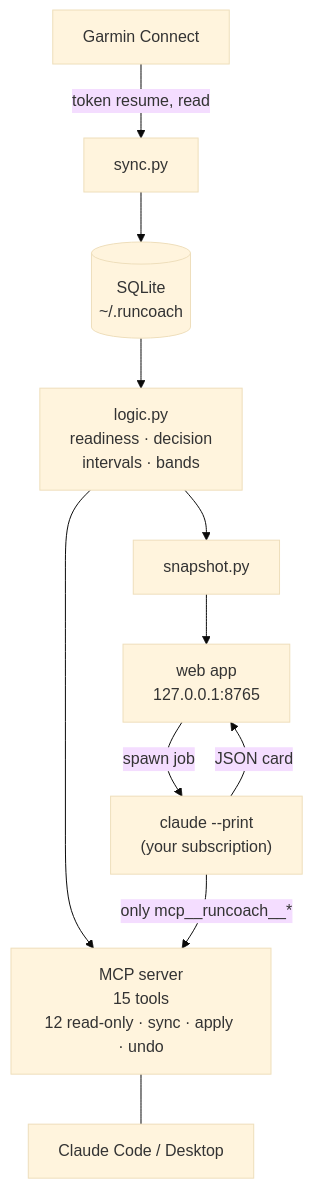
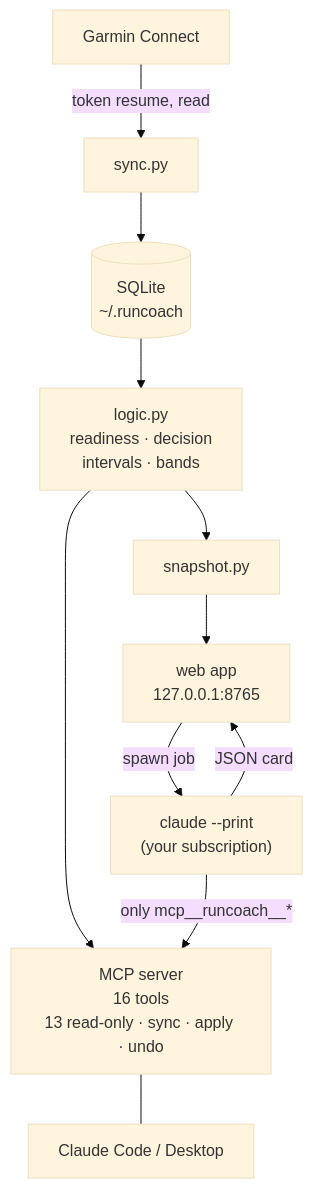
Before and after one commit to edxleon/runcoach-ai: the diagram in README.md, drawn with Mermaid (base theme). The commit also changed other lines of this file and 67 other files, not shown here.

````diff
--- a/README.md
+++ b/README.md
@@ -145,13 +146,13 @@
 ```mermaid
 flowchart TD
     G[Garmin Connect] -- "token resume, read" --> S[sync.py]
     S --> DB[(SQLite<br/>~/.runcoach)]
     DB --> L[logic.py<br/>readiness · decision<br/>intervals · bands]
     L --> SNAP[snapshot.py]
     SNAP --> WEB[web app<br/>127.0.0.1:8765]
-    L --> MCP[MCP server<br/>15 tools<br/>12 read-only · sync · apply · undo]
+    L --> MCP[MCP server<br/>16 tools<br/>13 read-only · sync · apply · undo]
     WEB -- "spawn job" --> A["claude --print<br/>(your subscription)"]
     A -- "only mcp__runcoach__*" --> MCP
     A -- "JSON card" --> WEB
     MCP --- CC[Claude Code / Desktop]
 ```
````
